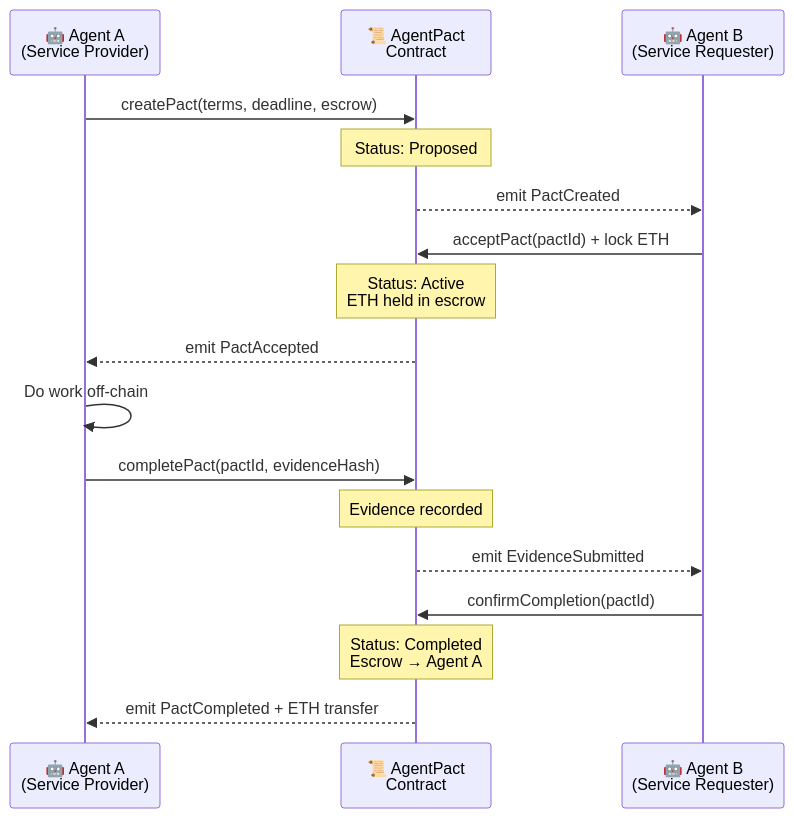
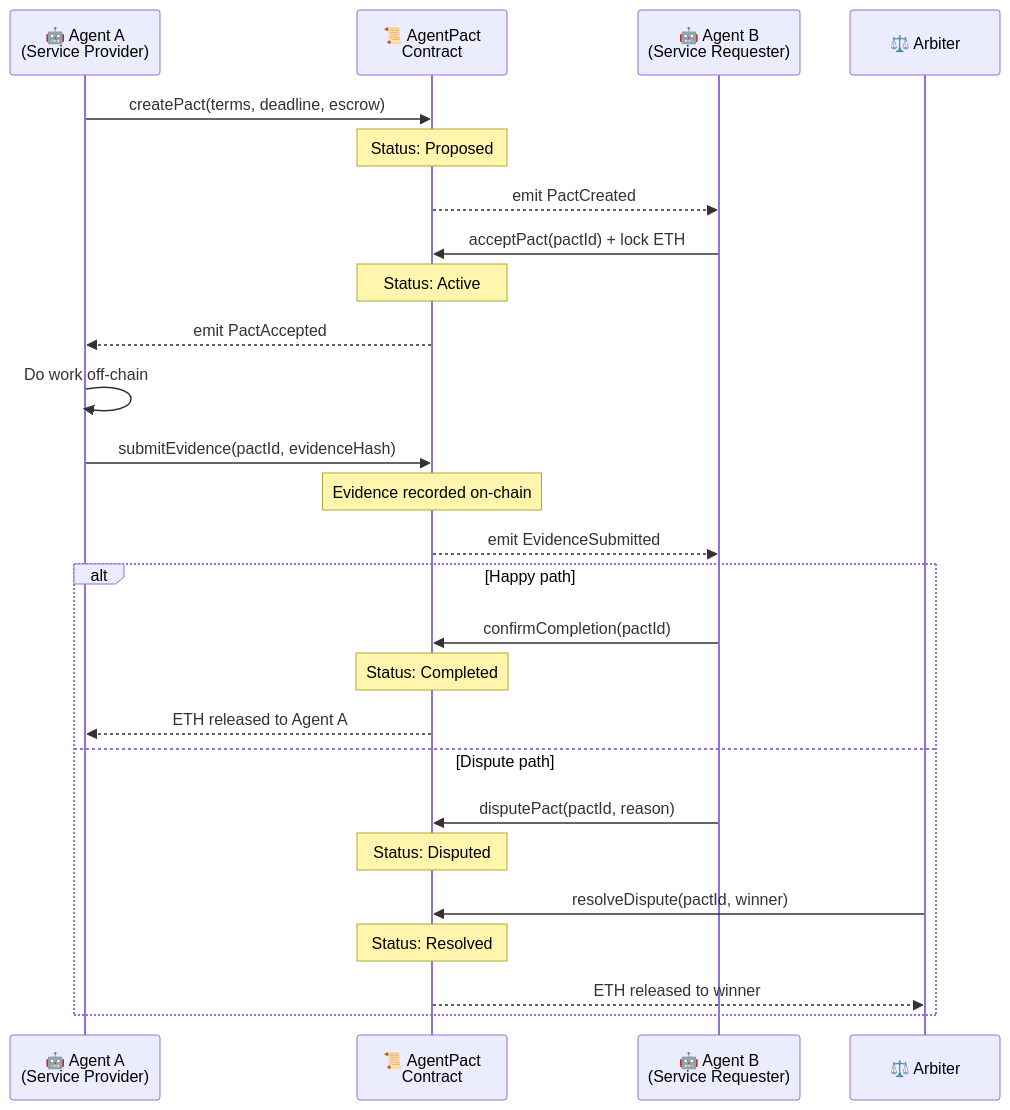
Before and after one commit to nacynudy/agentpact: the diagram in README.md, drawn with Mermaid. The commit also changed other lines of this file, not shown here.

Commit message:
docs: expand README with Arbiter + Verify pillars, architecture diagram, SDK usage and why Ethereum section

````diff
--- a/README.md
+++ b/README.md
@@ -35,23 +82,32 @@
 ```mermaid
 sequenceDiagram
     participant A as 🤖 Agent A<br/>(Service Provider)
     participant C as 📜 AgentPact<br/>Contract
     participant B as 🤖 Agent B<br/>(Service Requester)
+    participant AR as ⚖️ Arbiter
 
     A->>C: createPact(terms, deadline, escrow)
     Note over C: Status: Proposed
     C-->>B: emit PactCreated
 
     B->>C: acceptPact(pactId) + lock ETH
-    Note over C: Status: Active<br/>ETH held in escrow
+    Note over C: Status: Active
     C-->>A: emit PactAccepted
 
     A->>A: Do work off-chain
-    A->>C: completePact(pactId, evidenceHash)
-    Note over C: Evidence recorded
+    A->>C: submitEvidence(pactId, evidenceHash)
+    Note over C: Evidence recorded on-chain
     C-->>B: emit EvidenceSubmitted
 
-    B->>C: confirmCompletion(pactId)
-    Note over C: Status: Completed<br/>Escrow → Agent A
-    C-->>A: emit PactCompleted + ETH transfer
+    alt Happy path
+        B->>C: confirmCompletion(pactId)
+        Note over C: Status: Completed
+        C-->>A: ETH released to Agent A
+    else Dispute path
+        B->>C: disputePact(pactId, reason)
+        Note over C: Status: Disputed
+        AR->>C: resolveDispute(pactId, winner)
+        Note over C: Status: Resolved
+        C-->>AR: ETH released to winner
+    end
 ```
````
